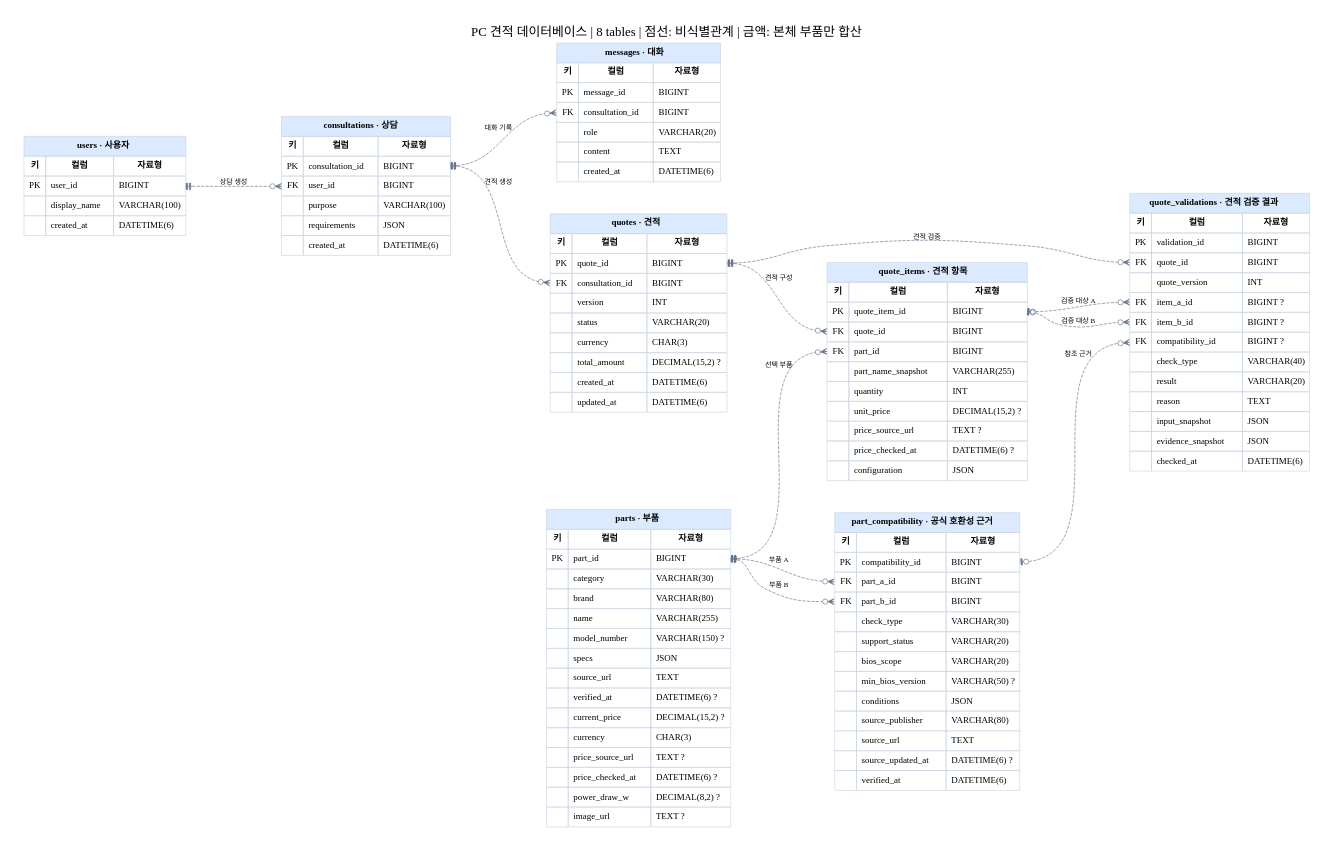
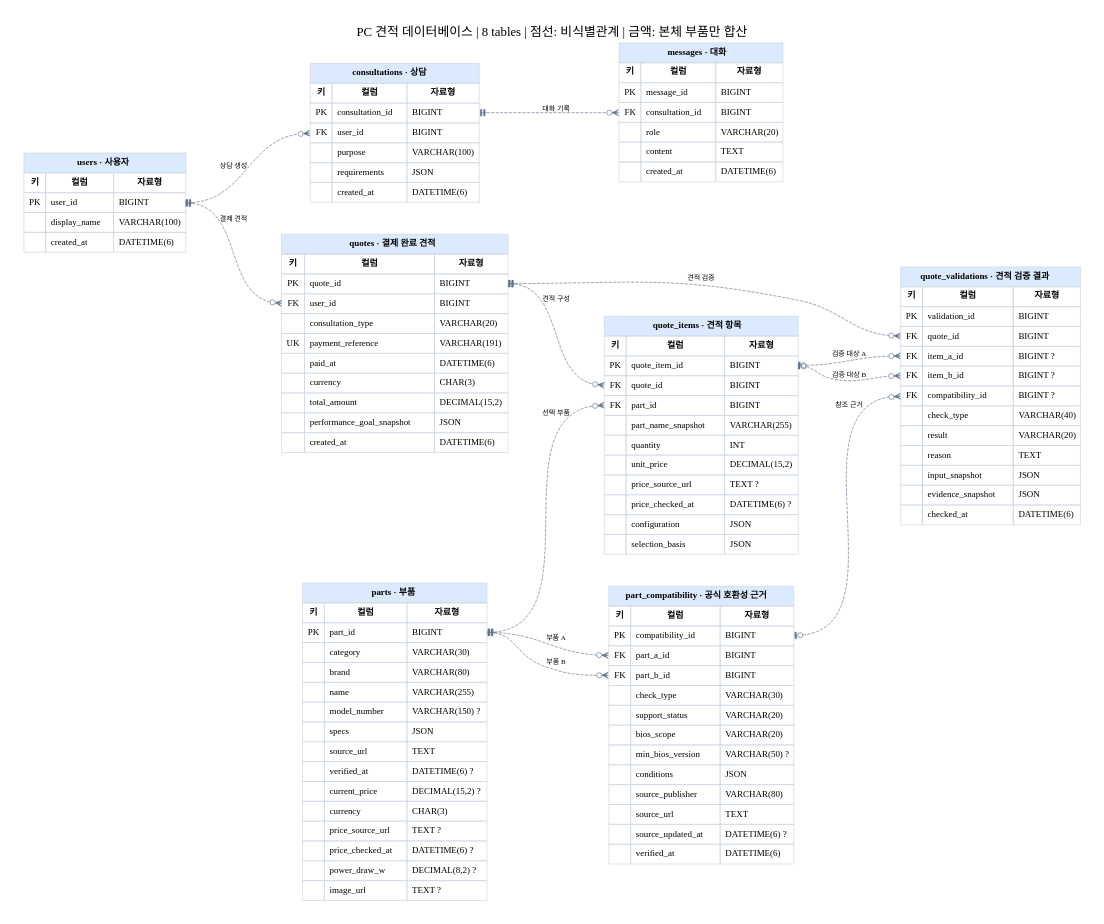
Before and after one commit to SKNETWORKS-FAMILY-AICAMP/SKN35-FINAL-6TEAM: the diagram in docs/database/erd/schema.dot, drawn with Graphviz. The commit also changed 15 other files, not shown here.

```diff
--- a/docs/database/erd/schema.dot
+++ b/docs/database/erd/schema.dot
@@ -6,13 +6,13 @@
 consultations [label=<<TABLE BORDER="0" CELLBORDER="1" CELLSPACING="0" CELLPADDING="7" COLOR="#cbd5e1"><TR><TD COLSPAN="3" BGCOLOR="#dbeafe"><B>consultations · 상담</B></TD></TR><TR><TD><B>키</B></TD><TD><B>컬럼</B></TD><TD><B>자료형</B></TD></TR><TR><TD PORT="consultation_id_in">PK</TD><TD ALIGN="LEFT">consultation_id</TD><TD PORT="consultation_id_out" ALIGN="LEFT">BIGINT</TD></TR><TR><TD PORT="user_id_in">FK</TD><TD ALIGN="LEFT">user_id</TD><TD PORT="user_id_out" ALIGN="LEFT">BIGINT</TD></TR><TR><TD PORT="purpose_in"></TD><TD ALIGN="LEFT">purpose</TD><TD PORT="purpose_out" ALIGN="LEFT">VARCHAR(100)</TD></TR><TR><TD PORT="requirements_in"></TD><TD ALIGN="LEFT">requirements</TD><TD PORT="requirements_out" ALIGN="LEFT">JSON</TD></TR><TR><TD PORT="created_at_in"></TD><TD ALIGN="LEFT">created_at</TD><TD PORT="created_at_out" ALIGN="LEFT">DATETIME(6)</TD></TR></TABLE>>];
 messages [label=<<TABLE BORDER="0" CELLBORDER="1" CELLSPACING="0" CELLPADDING="7" COLOR="#cbd5e1"><TR><TD COLSPAN="3" BGCOLOR="#dbeafe"><B>messages · 대화</B></TD></TR><TR><TD><B>키</B></TD><TD><B>컬럼</B></TD><TD><B>자료형</B></TD></TR><TR><TD PORT="message_id_in">PK</TD><TD ALIGN="LEFT">message_id</TD><TD PORT="message_id_out" ALIGN="LEFT">BIGINT</TD></TR><TR><TD PORT="consultation_id_in">FK</TD><TD ALIGN="LEFT">consultation_id</TD><TD PORT="consultation_id_out" ALIGN="LEFT">BIGINT</TD></TR><TR><TD PORT="role_in"></TD><TD ALIGN="LEFT">role</TD><TD PORT="role_out" ALIGN="LEFT">VARCHAR(20)</TD></TR><TR><TD PORT="content_in"></TD><TD ALIGN="LEFT">content</TD><TD PORT="content_out" ALIGN="LEFT">TEXT</TD></TR><TR><TD PORT="created_at_in"></TD><TD ALIGN="LEFT">created_at</TD><TD PORT="created_at_out" ALIGN="LEFT">DATETIME(6)</TD></TR></TABLE>>];
 parts [label=<<TABLE BORDER="0" CELLBORDER="1" CELLSPACING="0" CELLPADDING="7" COLOR="#cbd5e1"><TR><TD COLSPAN="3" BGCOLOR="#dbeafe"><B>parts · 부품</B></TD></TR><TR><TD><B>키</B></TD><TD><B>컬럼</B></TD><TD><B>자료형</B></TD></TR><TR><TD PORT="part_id_in">PK</TD><TD ALIGN="LEFT">part_id</TD><TD PORT="part_id_out" ALIGN="LEFT">BIGINT</TD></TR><TR><TD PORT="category_in"></TD><TD ALIGN="LEFT">category</TD><TD PORT="category_out" ALIGN="LEFT">VARCHAR(30)</TD></TR><TR><TD PORT="brand_in"></TD><TD ALIGN="LEFT">brand</TD><TD PORT="brand_out" ALIGN="LEFT">VARCHAR(80)</TD></TR><TR><TD PORT="name_in"></TD><TD ALIGN="LEFT">name</TD><TD PORT="name_out" ALIGN="LEFT">VARCHAR(255)</TD></TR><TR><TD PORT="model_number_in"></TD><TD ALIGN="LEFT">model_number</TD><TD PORT="model_number_out" ALIGN="LEFT">VARCHAR(150) ?</TD></TR><TR><TD PORT="specs_in"></TD><TD ALIGN="LEFT">specs</TD><TD PORT="specs_out" ALIGN="LEFT">JSON</TD></TR><TR><TD PORT="source_url_in"></TD><TD ALIGN="LEFT">source_url</TD><TD PORT="source_url_out" ALIGN="LEFT">TEXT</TD></TR><TR><TD PORT="verified_at_in"></TD><TD ALIGN="LEFT">verified_at</TD><TD PORT="verified_at_out" ALIGN="LEFT">DATETIME(6) ?</TD></TR><TR><TD PORT="current_price_in"></TD><TD ALIGN="LEFT">current_price</TD><TD PORT="current_price_out" ALIGN="LEFT">DECIMAL(15,2) ?</TD></TR><TR><TD PORT="currency_in"></TD><TD ALIGN="LEFT">currency</TD><TD PORT="currency_out" ALIGN="LEFT">CHAR(3)</TD></TR><TR><TD PORT="price_source_url_in"></TD><TD ALIGN="LEFT">price_source_url</TD><TD PORT="price_source_url_out" ALIGN="LEFT">TEXT ?</TD></TR><TR><TD PORT="price_checked_at_in"></TD><TD ALIGN="LEFT">price_checked_at</TD><TD PORT="price_checked_at_out" ALIGN="LEFT">DATETIME(6) ?</TD></TR><TR><TD PORT="power_draw_w_in"></TD><TD ALIGN="LEFT">power_draw_w</TD><TD PORT="power_draw_w_out" ALIGN="LEFT">DECIMAL(8,2) ?</TD></TR><TR><TD PORT="image_url_in"></TD><TD ALIGN="LEFT">image_url</TD><TD PORT="image_url_out" ALIGN="LEFT">TEXT ?</TD></TR></TABLE>>];
-quotes [label=<<TABLE BORDER="0" CELLBORDER="1" CELLSPACING="0" CELLPADDING="7" COLOR="#cbd5e1"><TR><TD COLSPAN="3" BGCOLOR="#dbeafe"><B>quotes · 견적</B></TD></TR><TR><TD><B>키</B></TD><TD><B>컬럼</B></TD><TD><B>자료형</B></TD></TR><TR><TD PORT="quote_id_in">PK</TD><TD ALIGN="LEFT">quote_id</TD><TD PORT="quote_id_out" ALIGN="LEFT">BIGINT</TD></TR><TR><TD PORT="consultation_id_in">FK</TD><TD ALIGN="LEFT">consultation_id</TD><TD PORT="consultation_id_out" ALIGN="LEFT">BIGINT</TD></TR><TR><TD PORT="version_in"></TD><TD ALIGN="LEFT">version</TD><TD PORT="version_out" ALIGN="LEFT">INT</TD></TR><TR><TD PORT="status_in"></TD><TD ALIGN="LEFT">status</TD><TD PORT="status_out" ALIGN="LEFT">VARCHAR(20)</TD></TR><TR><TD PORT="currency_in"></TD><TD ALIGN="LEFT">currency</TD><TD PORT="currency_out" ALIGN="LEFT">CHAR(3)</TD></TR><TR><TD PORT="total_amount_in"></TD><TD ALIGN="LEFT">total_amount</TD><TD PORT="total_amount_out" ALIGN="LEFT">DECIMAL(15,2) ?</TD></TR><TR><TD PORT="created_at_in"></TD><TD ALIGN="LEFT">created_at</TD><TD PORT="created_at_out" ALIGN="LEFT">DATETIME(6)</TD></TR><TR><TD PORT="updated_at_in"></TD><TD ALIGN="LEFT">updated_at</TD><TD PORT="updated_at_out" ALIGN="LEFT">DATETIME(6)</TD></TR></TABLE>>];
-quote_items [label=<<TABLE BORDER="0" CELLBORDER="1" CELLSPACING="0" CELLPADDING="7" COLOR="#cbd5e1"><TR><TD COLSPAN="3" BGCOLOR="#dbeafe"><B>quote_items · 견적 항목</B></TD></TR><TR><TD><B>키</B></TD><TD><B>컬럼</B></TD><TD><B>자료형</B></TD></TR><TR><TD PORT="quote_item_id_in">PK</TD><TD ALIGN="LEFT">quote_item_id</TD><TD PORT="quote_item_id_out" ALIGN="LEFT">BIGINT</TD></TR><TR><TD PORT="quote_id_in">FK</TD><TD ALIGN="LEFT">quote_id</TD><TD PORT="quote_id_out" ALIGN="LEFT">BIGINT</TD></TR><TR><TD PORT="part_id_in">FK</TD><TD ALIGN="LEFT">part_id</TD><TD PORT="part_id_out" ALIGN="LEFT">BIGINT</TD></TR><TR><TD PORT="part_name_snapshot_in"></TD><TD ALIGN="LEFT">part_name_snapshot</TD><TD PORT="part_name_snapshot_out" ALIGN="LEFT">VARCHAR(255)</TD></TR><TR><TD PORT="quantity_in"></TD><TD ALIGN="LEFT">quantity</TD><TD PORT="quantity_out" ALIGN="LEFT">INT</TD></TR><TR><TD PORT="unit_price_in"></TD><TD ALIGN="LEFT">unit_price</TD><TD PORT="unit_price_out" ALIGN="LEFT">DECIMAL(15,2) ?</TD></TR><TR><TD PORT="price_source_url_in"></TD><TD ALIGN="LEFT">price_source_url</TD><TD PORT="price_source_url_out" ALIGN="LEFT">TEXT ?</TD></TR><TR><TD PORT="price_checked_at_in"></TD><TD ALIGN="LEFT">price_checked_at</TD><TD PORT="price_checked_at_out" ALIGN="LEFT">DATETIME(6) ?</TD></TR><TR><TD PORT="configuration_in"></TD><TD ALIGN="LEFT">configuration</TD><TD PORT="configuration_out" ALIGN="LEFT">JSON</TD></TR></TABLE>>];
+quotes [label=<<TABLE BORDER="0" CELLBORDER="1" CELLSPACING="0" CELLPADDING="7" COLOR="#cbd5e1"><TR><TD COLSPAN="3" BGCOLOR="#dbeafe"><B>quotes · 결제 완료 견적</B></TD></TR><TR><TD><B>키</B></TD><TD><B>컬럼</B></TD><TD><B>자료형</B></TD></TR><TR><TD PORT="quote_id_in">PK</TD><TD ALIGN="LEFT">quote_id</TD><TD PORT="quote_id_out" ALIGN="LEFT">BIGINT</TD></TR><TR><TD PORT="user_id_in">FK</TD><TD ALIGN="LEFT">user_id</TD><TD PORT="user_id_out" ALIGN="LEFT">BIGINT</TD></TR><TR><TD PORT="consultation_type_in"></TD><TD ALIGN="LEFT">consultation_type</TD><TD PORT="consultation_type_out" ALIGN="LEFT">VARCHAR(20)</TD></TR><TR><TD PORT="payment_reference_in">UK</TD><TD ALIGN="LEFT">payment_reference</TD><TD PORT="payment_reference_out" ALIGN="LEFT">VARCHAR(191)</TD></TR><TR><TD PORT="paid_at_in"></TD><TD ALIGN="LEFT">paid_at</TD><TD PORT="paid_at_out" ALIGN="LEFT">DATETIME(6)</TD></TR><TR><TD PORT="currency_in"></TD><TD ALIGN="LEFT">currency</TD><TD PORT="currency_out" ALIGN="LEFT">CHAR(3)</TD></TR><TR><TD PORT="total_amount_in"></TD><TD ALIGN="LEFT">total_amount</TD><TD PORT="total_amount_out" ALIGN="LEFT">DECIMAL(15,2)</TD></TR><TR><TD PORT="performance_goal_snapshot_in"></TD><TD ALIGN="LEFT">performance_goal_snapshot</TD><TD PORT="performance_goal_snapshot_out" ALIGN="LEFT">JSON</TD></TR><TR><TD PORT="created_at_in"></TD><TD ALIGN="LEFT">created_at</TD><TD PORT="created_at_out" ALIGN="LEFT">DATETIME(6)</TD></TR></TABLE>>];
+quote_items [label=<<TABLE BORDER="0" CELLBORDER="1" CELLSPACING="0" CELLPADDING="7" COLOR="#cbd5e1"><TR><TD COLSPAN="3" BGCOLOR="#dbeafe"><B>quote_items · 견적 항목</B></TD></TR><TR><TD><B>키</B></TD><TD><B>컬럼</B></TD><TD><B>자료형</B></TD></TR><TR><TD PORT="quote_item_id_in">PK</TD><TD ALIGN="LEFT">quote_item_id</TD><TD PORT="quote_item_id_out" ALIGN="LEFT">BIGINT</TD></TR><TR><TD PORT="quote_id_in">FK</TD><TD ALIGN="LEFT">quote_id</TD><TD PORT="quote_id_out" ALIGN="LEFT">BIGINT</TD></TR><TR><TD PORT="part_id_in">FK</TD><TD ALIGN="LEFT">part_id</TD><TD PORT="part_id_out" ALIGN="LEFT">BIGINT</TD></TR><TR><TD PORT="part_name_snapshot_in"></TD><TD ALIGN="LEFT">part_name_snapshot</TD><TD PORT="part_name_snapshot_out" ALIGN="LEFT">VARCHAR(255)</TD></TR><TR><TD PORT="quantity_in"></TD><TD ALIGN="LEFT">quantity</TD><TD PORT="quantity_out" ALIGN="LEFT">INT</TD></TR><TR><TD PORT="unit_price_in"></TD><TD ALIGN="LEFT">unit_price</TD><TD PORT="unit_price_out" ALIGN="LEFT">DECIMAL(15,2)</TD></TR><TR><TD PORT="price_source_url_in"></TD><TD ALIGN="LEFT">price_source_url</TD><TD PORT="price_source_url_out" ALIGN="LEFT">TEXT ?</TD></TR><TR><TD PORT="price_checked_at_in"></TD><TD ALIGN="LEFT">price_checked_at</TD><TD PORT="price_checked_at_out" ALIGN="LEFT">DATETIME(6) ?</TD></TR><TR><TD PORT="configuration_in"></TD><TD ALIGN="LEFT">configuration</TD><TD PORT="configuration_out" ALIGN="LEFT">JSON</TD></TR><TR><TD PORT="selection_basis_in"></TD><TD ALIGN="LEFT">selection_basis</TD><TD PORT="selection_basis_out" ALIGN="LEFT">JSON</TD></TR></TABLE>>];
 part_compatibility [label=<<TABLE BORDER="0" CELLBORDER="1" CELLSPACING="0" CELLPADDING="7" COLOR="#cbd5e1"><TR><TD COLSPAN="3" BGCOLOR="#dbeafe"><B>part_compatibility · 공식 호환성 근거</B></TD></TR><TR><TD><B>키</B></TD><TD><B>컬럼</B></TD><TD><B>자료형</B></TD></TR><TR><TD PORT="compatibility_id_in">PK</TD><TD ALIGN="LEFT">compatibility_id</TD><TD PORT="compatibility_id_out" ALIGN="LEFT">BIGINT</TD></TR><TR><TD PORT="part_a_id_in">FK</TD><TD ALIGN="LEFT">part_a_id</TD><TD PORT="part_a_id_out" ALIGN="LEFT">BIGINT</TD></TR><TR><TD PORT="part_b_id_in">FK</TD><TD ALIGN="LEFT">part_b_id</TD><TD PORT="part_b_id_out" ALIGN="LEFT">BIGINT</TD></TR><TR><TD PORT="check_type_in"></TD><TD ALIGN="LEFT">check_type</TD><TD PORT="check_type_out" ALIGN="LEFT">VARCHAR(30)</TD></TR><TR><TD PORT="support_status_in"></TD><TD ALIGN="LEFT">support_status</TD><TD PORT="support_status_out" ALIGN="LEFT">VARCHAR(20)</TD></TR><TR><TD PORT="bios_scope_in"></TD><TD ALIGN="LEFT">bios_scope</TD><TD PORT="bios_scope_out" ALIGN="LEFT">VARCHAR(20)</TD></TR><TR><TD PORT="min_bios_version_in"></TD><TD ALIGN="LEFT">min_bios_version</TD><TD PORT="min_bios_version_out" ALIGN="LEFT">VARCHAR(50) ?</TD></TR><TR><TD PORT="conditions_in"></TD><TD ALIGN="LEFT">conditions</TD><TD PORT="conditions_out" ALIGN="LEFT">JSON</TD></TR><TR><TD PORT="source_publisher_in"></TD><TD ALIGN="LEFT">source_publisher</TD><TD PORT="source_publisher_out" ALIGN="LEFT">VARCHAR(80)</TD></TR><TR><TD PORT="source_url_in"></TD><TD ALIGN="LEFT">source_url</TD><TD PORT="source_url_out" ALIGN="LEFT">TEXT</TD></TR><TR><TD PORT="source_updated_at_in"></TD><TD ALIGN="LEFT">source_updated_at</TD><TD PORT="source_updated_at_out" ALIGN="LEFT">DATETIME(6) ?</TD></TR><TR><TD PORT="verified_at_in"></TD><TD ALIGN="LEFT">verified_at</TD><TD PORT="verified_at_out" ALIGN="LEFT">DATETIME(6)</TD></TR></TABLE>>];
-quote_validations [label=<<TABLE BORDER="0" CELLBORDER="1" CELLSPACING="0" CELLPADDING="7" COLOR="#cbd5e1"><TR><TD COLSPAN="3" BGCOLOR="#dbeafe"><B>quote_validations · 견적 검증 결과</B></TD></TR><TR><TD><B>키</B></TD><TD><B>컬럼</B></TD><TD><B>자료형</B></TD></TR><TR><TD PORT="validation_id_in">PK</TD><TD ALIGN="LEFT">validation_id</TD><TD PORT="validation_id_out" ALIGN="LEFT">BIGINT</TD></TR><TR><TD PORT="quote_id_in">FK</TD><TD ALIGN="LEFT">quote_id</TD><TD PORT="quote_id_out" ALIGN="LEFT">BIGINT</TD></TR><TR><TD PORT="quote_version_in"></TD><TD ALIGN="LEFT">quote_version</TD><TD PORT="quote_version_out" ALIGN="LEFT">INT</TD></TR><TR><TD PORT="item_a_id_in">FK</TD><TD ALIGN="LEFT">item_a_id</TD><TD PORT="item_a_id_out" ALIGN="LEFT">BIGINT ?</TD></TR><TR><TD PORT="item_b_id_in">FK</TD><TD ALIGN="LEFT">item_b_id</TD><TD PORT="item_b_id_out" ALIGN="LEFT">BIGINT ?</TD></TR><TR><TD PORT="compatibility_id_in">FK</TD><TD ALIGN="LEFT">compatibility_id</TD><TD PORT="compatibility_id_out" ALIGN="LEFT">BIGINT ?</TD></TR><TR><TD PORT="check_type_in"></TD><TD ALIGN="LEFT">check_type</TD><TD PORT="check_type_out" ALIGN="LEFT">VARCHAR(40)</TD></TR><TR><TD PORT="result_in"></TD><TD ALIGN="LEFT">result</TD><TD PORT="result_out" ALIGN="LEFT">VARCHAR(20)</TD></TR><TR><TD PORT="reason_in"></TD><TD ALIGN="LEFT">reason</TD><TD PORT="reason_out" ALIGN="LEFT">TEXT</TD></TR><TR><TD PORT="input_snapshot_in"></TD><TD ALIGN="LEFT">input_snapshot</TD><TD PORT="input_snapshot_out" ALIGN="LEFT">JSON</TD></TR><TR><TD PORT="evidence_snapshot_in"></TD><TD ALIGN="LEFT">evidence_snapshot</TD><TD PORT="evidence_snapshot_out" ALIGN="LEFT">JSON</TD></TR><TR><TD PORT="checked_at_in"></TD><TD ALIGN="LEFT">checked_at</TD><TD PORT="checked_at_out" ALIGN="LEFT">DATETIME(6)</TD></TR></TABLE>>];
+quote_validations [label=<<TABLE BORDER="0" CELLBORDER="1" CELLSPACING="0" CELLPADDING="7" COLOR="#cbd5e1"><TR><TD COLSPAN="3" BGCOLOR="#dbeafe"><B>quote_validations · 견적 검증 결과</B></TD></TR><TR><TD><B>키</B></TD><TD><B>컬럼</B></TD><TD><B>자료형</B></TD></TR><TR><TD PORT="validation_id_in">PK</TD><TD ALIGN="LEFT">validation_id</TD><TD PORT="validation_id_out" ALIGN="LEFT">BIGINT</TD></TR><TR><TD PORT="quote_id_in">FK</TD><TD ALIGN="LEFT">quote_id</TD><TD PORT="quote_id_out" ALIGN="LEFT">BIGINT</TD></TR><TR><TD PORT="item_a_id_in">FK</TD><TD ALIGN="LEFT">item_a_id</TD><TD PORT="item_a_id_out" ALIGN="LEFT">BIGINT ?</TD></TR><TR><TD PORT="item_b_id_in">FK</TD><TD ALIGN="LEFT">item_b_id</TD><TD PORT="item_b_id_out" ALIGN="LEFT">BIGINT ?</TD></TR><TR><TD PORT="compatibility_id_in">FK</TD><TD ALIGN="LEFT">compatibility_id</TD><TD PORT="compatibility_id_out" ALIGN="LEFT">BIGINT ?</TD></TR><TR><TD PORT="check_type_in"></TD><TD ALIGN="LEFT">check_type</TD><TD PORT="check_type_out" ALIGN="LEFT">VARCHAR(40)</TD></TR><TR><TD PORT="result_in"></TD><TD ALIGN="LEFT">result</TD><TD PORT="result_out" ALIGN="LEFT">VARCHAR(20)</TD></TR><TR><TD PORT="reason_in"></TD><TD ALIGN="LEFT">reason</TD><TD PORT="reason_out" ALIGN="LEFT">TEXT</TD></TR><TR><TD PORT="input_snapshot_in"></TD><TD ALIGN="LEFT">input_snapshot</TD><TD PORT="input_snapshot_out" ALIGN="LEFT">JSON</TD></TR><TR><TD PORT="evidence_snapshot_in"></TD><TD ALIGN="LEFT">evidence_snapshot</TD><TD PORT="evidence_snapshot_out" ALIGN="LEFT">JSON</TD></TR><TR><TD PORT="checked_at_in"></TD><TD ALIGN="LEFT">checked_at</TD><TD PORT="checked_at_out" ALIGN="LEFT">DATETIME(6)</TD></TR></TABLE>>];
 users:user_id_out:e -> consultations:user_id_in:w [label="상담 생성", arrowtail="teetee", arrowhead="crowodot"];
 consultations:consultation_id_out:e -> messages:consultation_id_in:w [label="대화 기록", arrowtail="teetee", arrowhead="crowodot"];
-consultations:consultation_id_out:e -> quotes:consultation_id_in:w [label="견적 생성", arrowtail="teetee", arrowhead="crowodot"];
+users:user_id_out:e -> quotes:user_id_in:w [label="결제 견적", arrowtail="teetee", arrowhead="crowodot"];
 quotes:quote_id_out:e -> quote_items:quote_id_in:w [label="견적 구성", arrowtail="teetee", arrowhead="crowodot"];
 parts:part_id_out:e -> quote_items:part_id_in:w [label="선택 부품", arrowtail="teetee", arrowhead="crowodot"];
 parts:part_id_out:e -> part_compatibility:part_a_id_in:w [label="부품 A", arrowtail="teetee", arrowhead="crowodot"];
```
